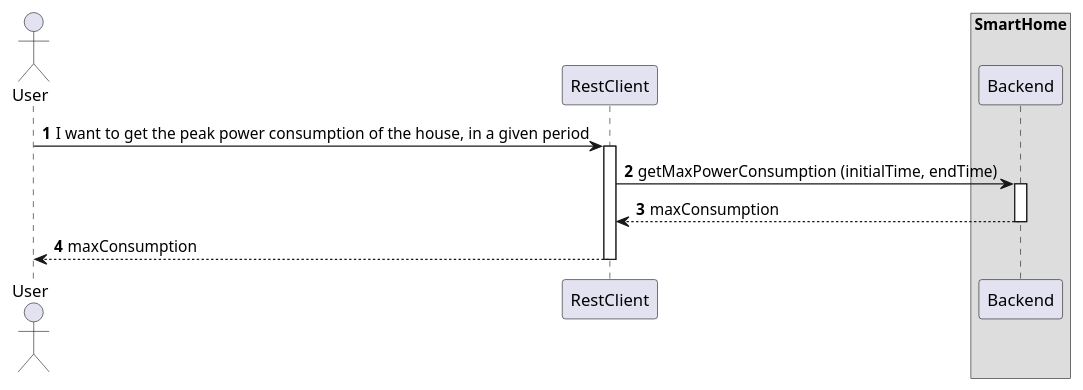
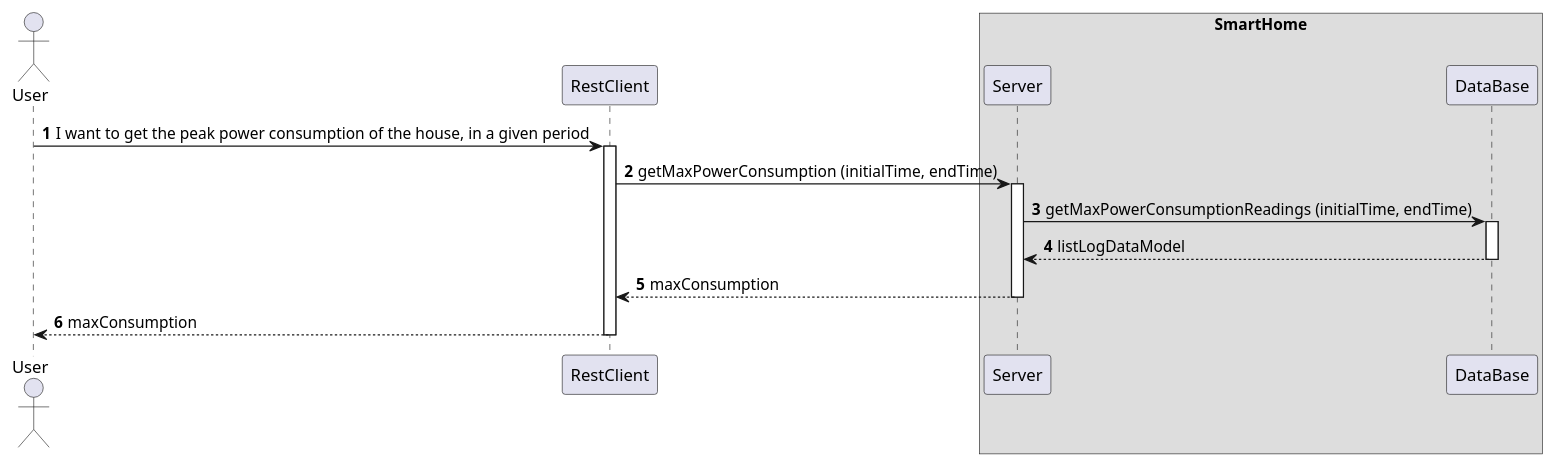
The diagram in docs/ooa/C4_4plus1_models/Level2/ProcessView/ProcessViewLevel2_UC14.puml (olivDiogo/SmartHome), drawn with PlantUML before and after one commit. The commit also changed 119 other files, not shown here.

Commit message:
docs: added Process View diagrams for UC16 (US37) - #490

```diff
--- a/docs/ooa/C4_4plus1_models/Level2/ProcessView/ProcessViewLevel2_UC14.puml
+++ b/docs/ooa/C4_4plus1_models/Level2/ProcessView/ProcessViewLevel2_UC14.puml
@@ -1,26 +1,34 @@
 @startuml
 'https://plantuml.com/sequence-diagram
 !pragma layout smetana
 
 autonumber
 
 actor "User" as User
+participant "RestClient" as RC
 
-
-participant "RestClient" as RC
 box "SmartHome"
-    participant "Backend" as BE
+    participant "Server" as SV
+    participant "DataBase" as BD
 end box
 
-User -> RC : I want to get the peak power consumption of the house, in a given period
+User -> RC :  I want to get the peak power consumption of the house, in a given period
 activate RC
 
-RC -> BE : getMaxPowerConsumption (initialTime, endTime)
-activate BE
+RC -> SV : getMaxPowerConsumption (initialTime, endTime)
+activate SV
 
-BE --> RC : maxConsumption
-deactivate BE
+SV -> BD : getMaxPowerConsumptionReadings (initialTime, endTime)
+activate BD
+
+BD --> SV : listLogDataModel
+deactivate BD
+
+SV --> RC : maxConsumption
+deactivate SV
 
 RC --> User : maxConsumption
 deactivate RC
+
+
 @enduml
```
